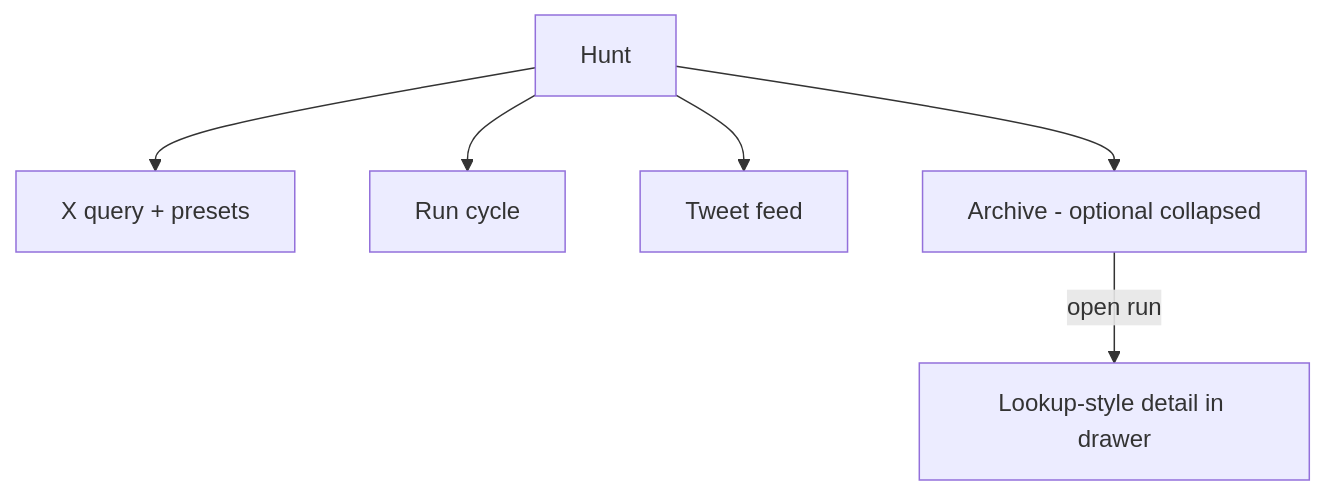
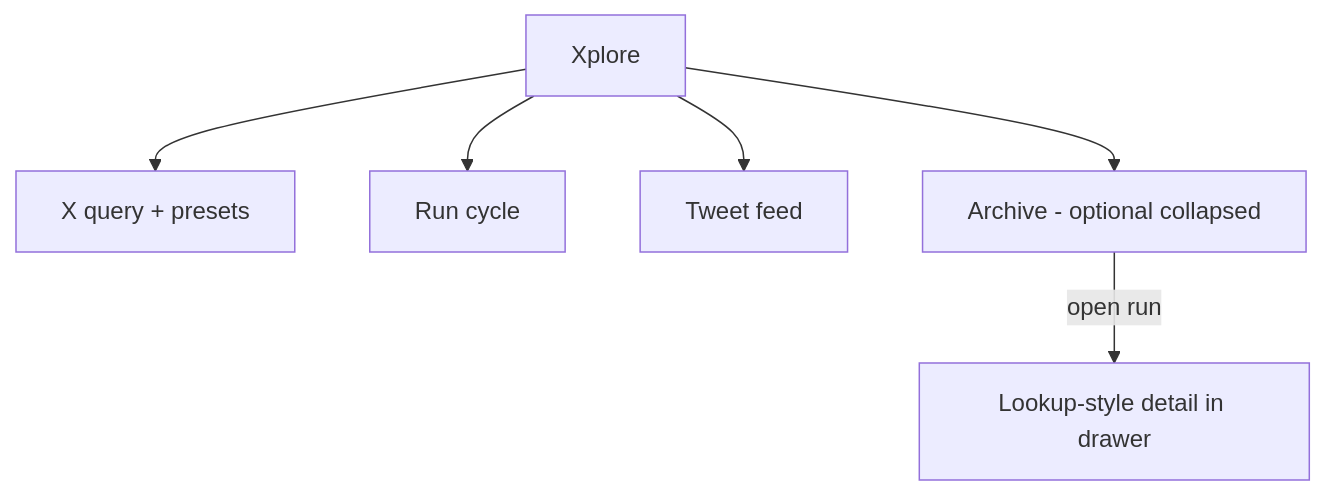
Before and after one commit to p10ns11y/collab-finder: the ninth of 13 diagrams in reports/single-pr-intuitive-product.md, drawn with Mermaid. The commit also changed other lines of this file and 31 other files, not shown here.

First line of the commit message:
chore: deepest clean of legacy terminology (Job/JobTarget -> Opportunity/Target, Hunt -> Xplore)

````diff
--- a/reports/single-pr-intuitive-product.md
+++ b/reports/single-pr-intuitive-product.md
@@ -321,9 +321,9 @@
 ```mermaid
 flowchart TB
-  H[Hunt]
+  H[Xplore]
   H --> Q[X query + presets]
   H --> C[Run cycle]
   H --> T[Tweet feed]
   H --> A[Archive - optional collapsed]
   A -->|open run| L[Lookup-style detail in drawer]
 ```
````
